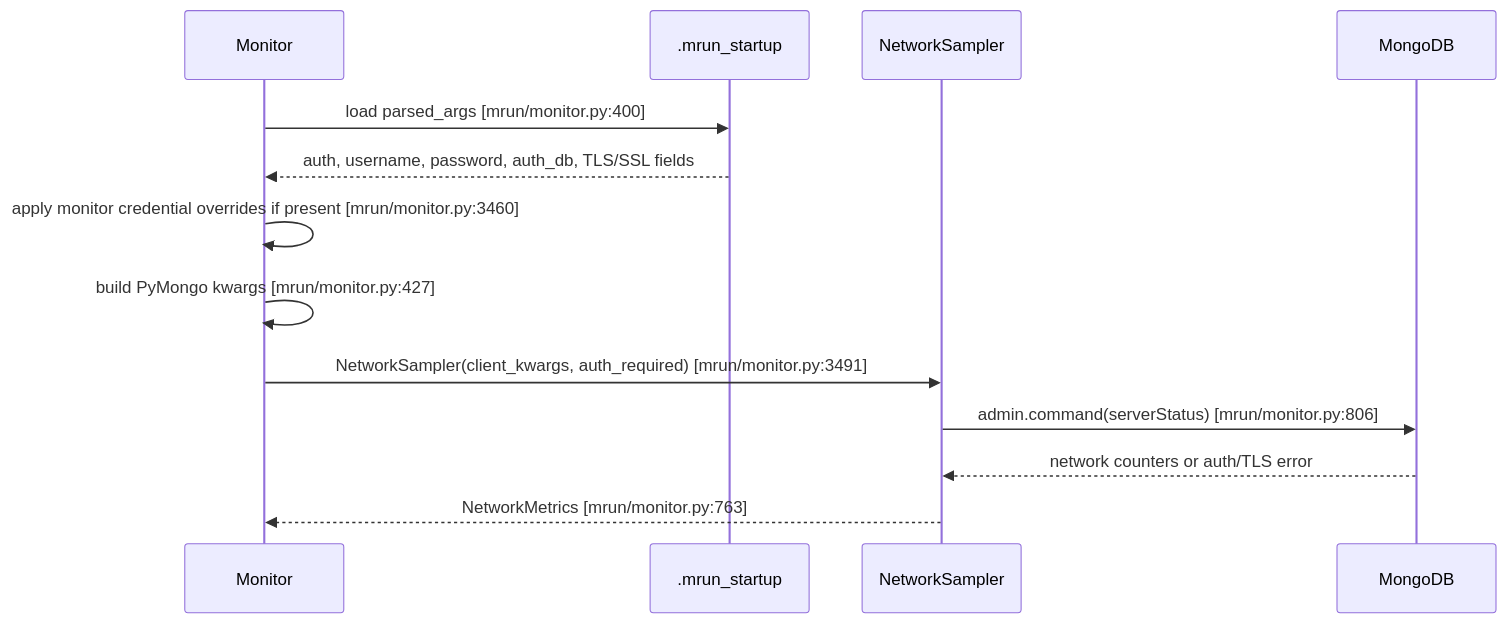
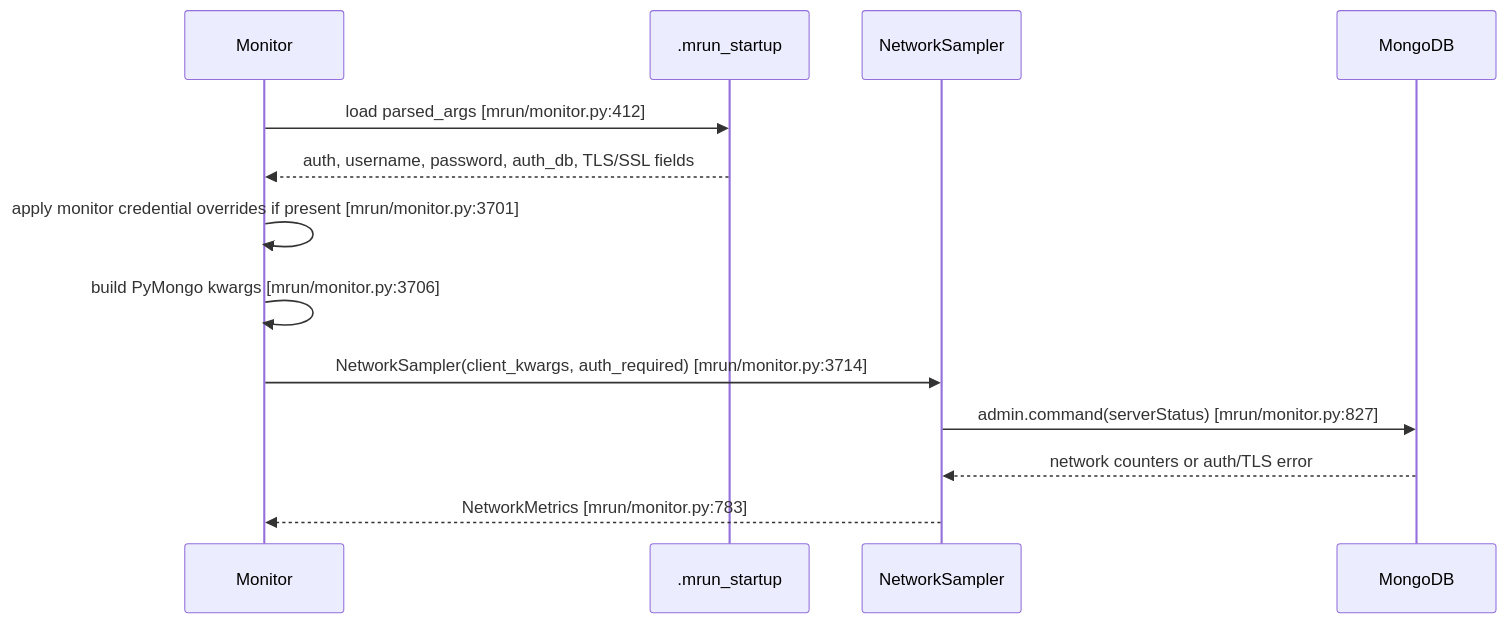
One commit to mongodb/mlaunch changed the third of 13 diagrams in doc/feature-monitor-guide.md. Above: the diagram before and after it, drawn with Mermaid. The commit also changed other lines of this file and 2 other files, not shown here.

````diff
--- a/doc/feature-monitor-guide.md
+++ b/doc/feature-monitor-guide.md
@@ -209,16 +214,16 @@
 ```mermaid
 sequenceDiagram
     participant Monitor as Monitor
     participant FS as .mrun_startup
     participant Sampler as NetworkSampler
     participant Mongo as MongoDB
 
-    Monitor->>FS: load parsed_args [mrun/monitor.py:400]
+    Monitor->>FS: load parsed_args [mrun/monitor.py:412]
     FS-->>Monitor: auth, username, password, auth_db, TLS/SSL fields
-    Monitor->>Monitor: apply monitor credential overrides if present [mrun/monitor.py:3460]
-    Monitor->>Monitor: build PyMongo kwargs [mrun/monitor.py:427]
-    Monitor->>Sampler: NetworkSampler(client_kwargs, auth_required) [mrun/monitor.py:3491]
-    Sampler->>Mongo: admin.command(serverStatus) [mrun/monitor.py:806]
+    Monitor->>Monitor: apply monitor credential overrides if present [mrun/monitor.py:3701]
+    Monitor->>Monitor: build PyMongo kwargs [mrun/monitor.py:3706]
+    Monitor->>Sampler: NetworkSampler(client_kwargs, auth_required) [mrun/monitor.py:3714]
+    Sampler->>Mongo: admin.command(serverStatus) [mrun/monitor.py:827]
     Mongo-->>Sampler: network counters or auth/TLS error
-    Sampler-->>Monitor: NetworkMetrics [mrun/monitor.py:763]
+    Sampler-->>Monitor: NetworkMetrics [mrun/monitor.py:783]
 ```
````
